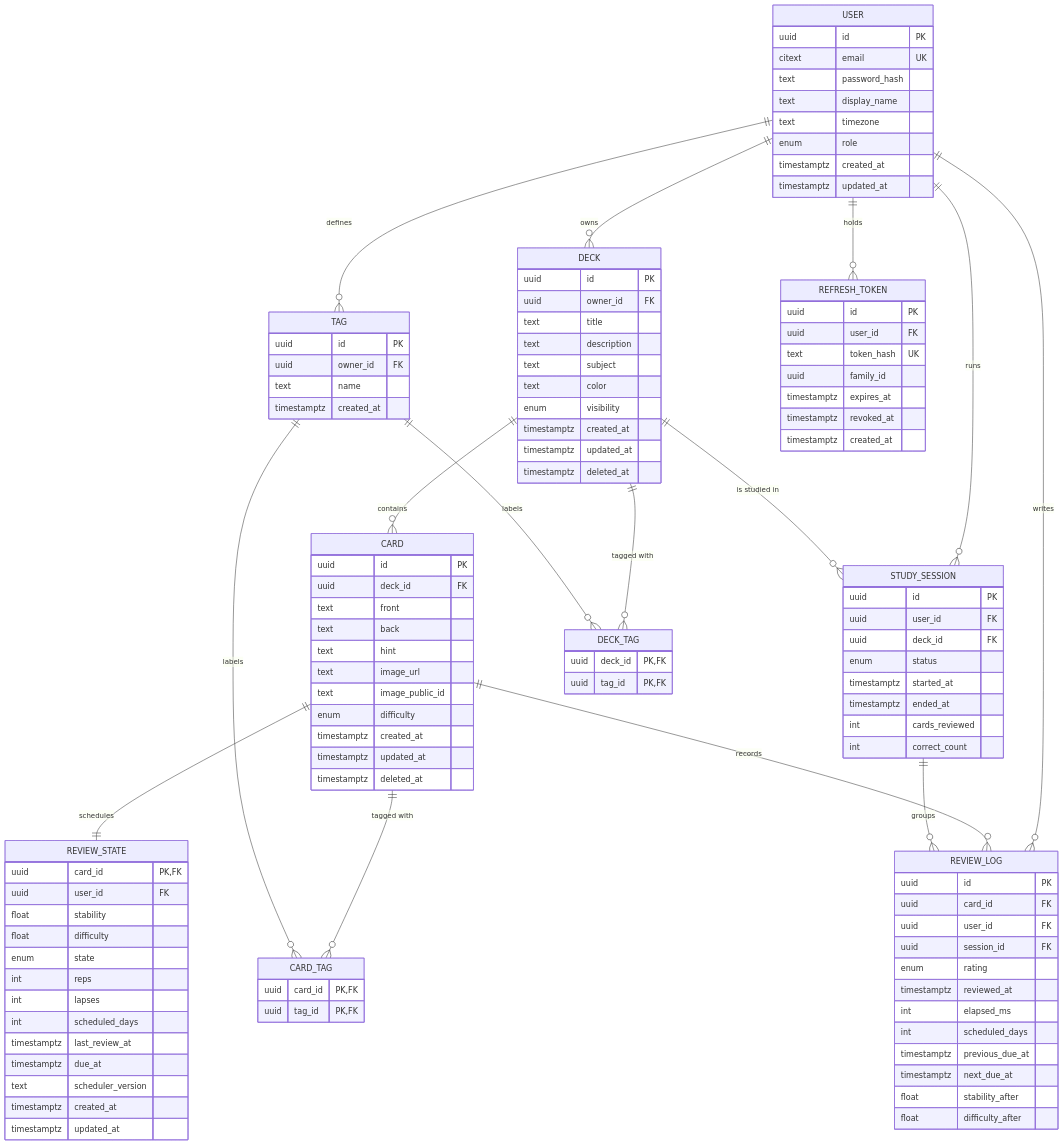
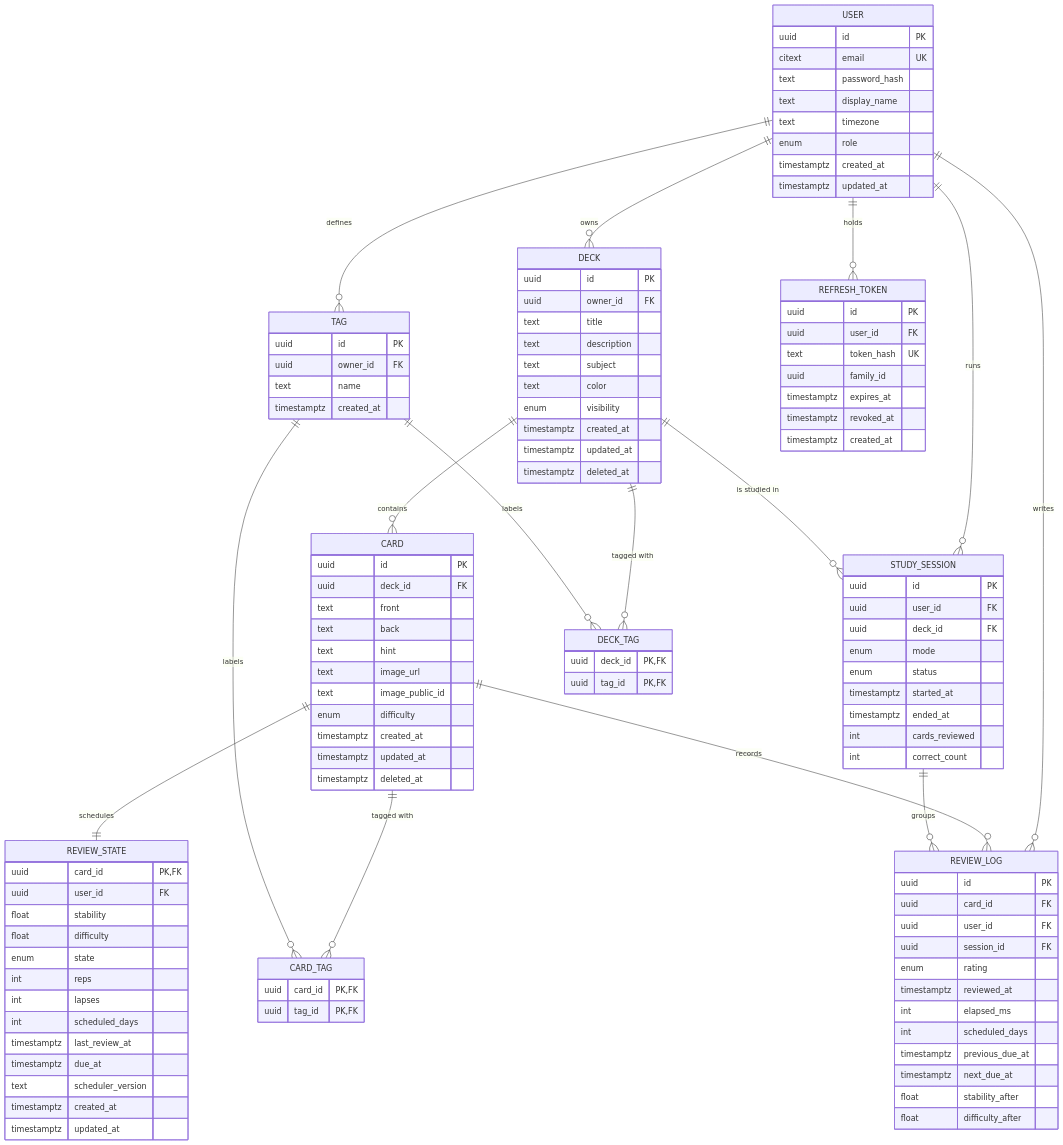
The diagram in docs/02-architecture/data-model.md (NFGS/deckup), drawn with Mermaid before and after one commit. The commit also changed other lines of this file and 2 other files, not shown here.

```diff
--- a/docs/02-architecture/data-model.md
+++ b/docs/02-architecture/data-model.md
@@ -119,6 +119,7 @@
         uuid id PK
         uuid user_id FK
         uuid deck_id FK
+        enum mode
         enum status
         timestamptz started_at
         timestamptz ended_at
```
